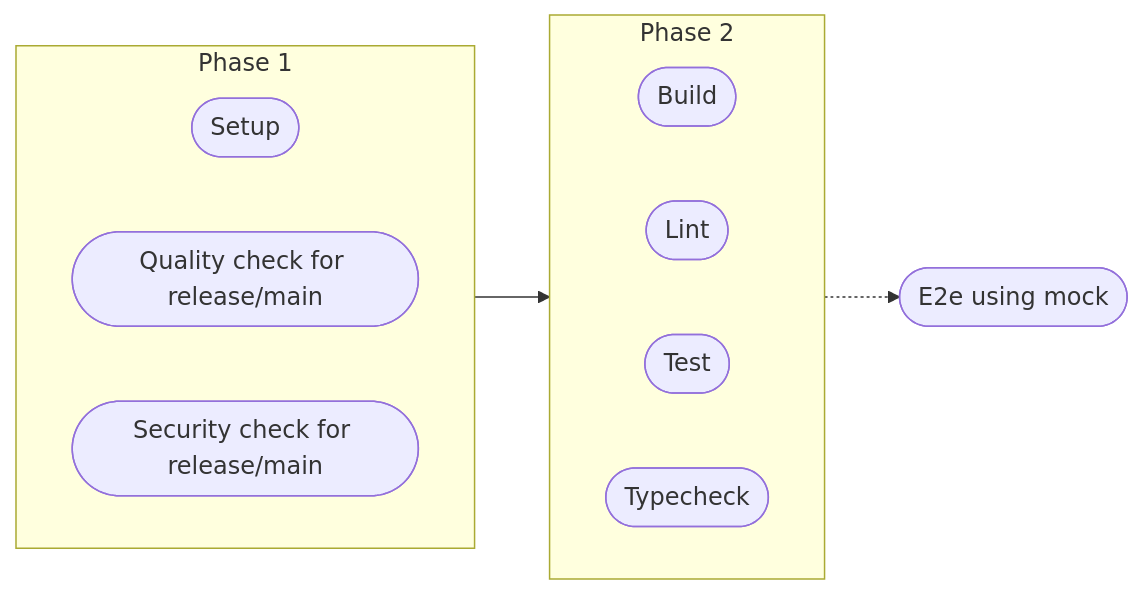
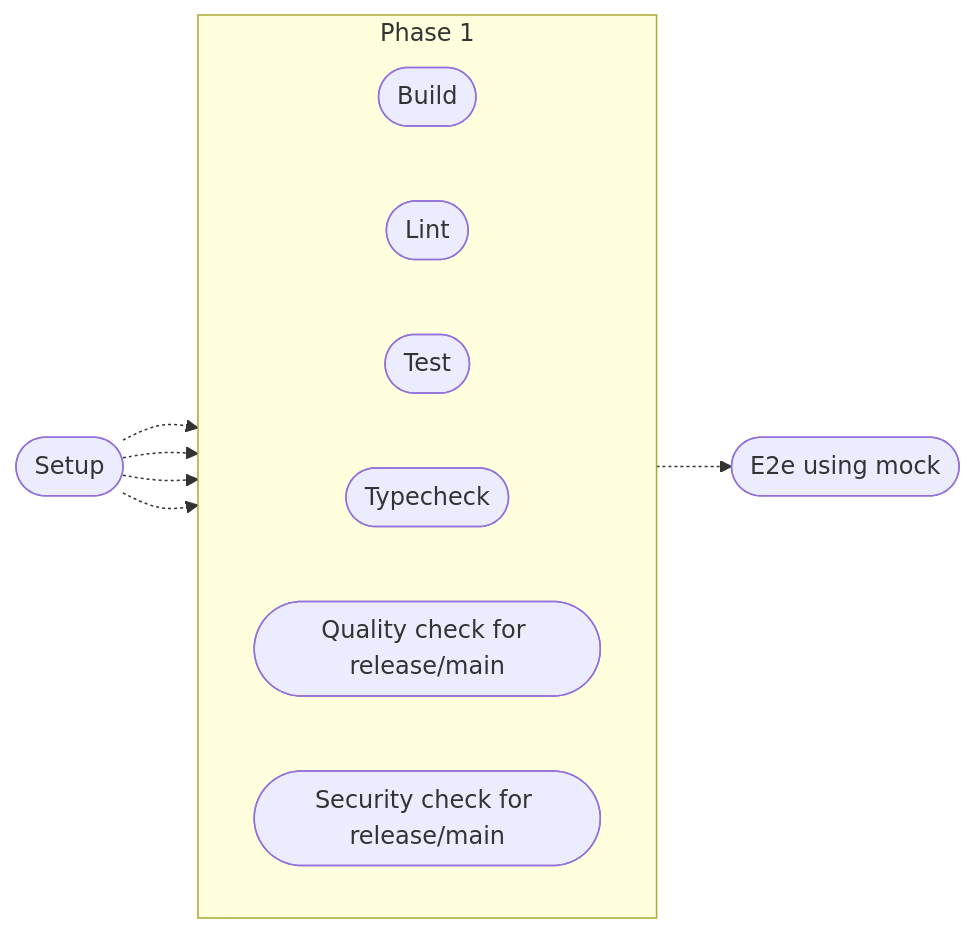
Before and after one commit to gnowth/gnowth: the third of 11 diagrams in docs/pipeline.md, drawn with Mermaid. The commit also changed other lines of this file and 1 other file, not shown here.

Commit message:
fix: onpush to be in 1 phase by removing setup

````diff
--- a/docs/pipeline.md
+++ b/docs/pipeline.md
@@ -66,25 +66,20 @@
 ```mermaid
   flowchart LR
     BUILD([Build])
     E2EMOCK([E2e using mock])
+    SETUP([Setup])
 
     subgraph PHASE1[Phase 1]
-      direction RL
-
-      SETUP([Setup])
-      QUALITY([Quality check for release/main])
-      SECURITY([Security check for release/main])
-    end
-
-    subgraph PHASE2[Phase 2]
       direction LR
 
       BUILD
       LINT([Lint])
       TEST([Test])
       TYPECHECK([Typecheck])
+      QUALITY([Quality check for release/main])
+      SECURITY([Security check for release/main])
     end
 
-    PHASE1 --> PHASE2
     BUILD -.-> E2EMOCK
+    SETUP -.-> BUILD & LINT & TEST & TYPECHECK
 ```
````
